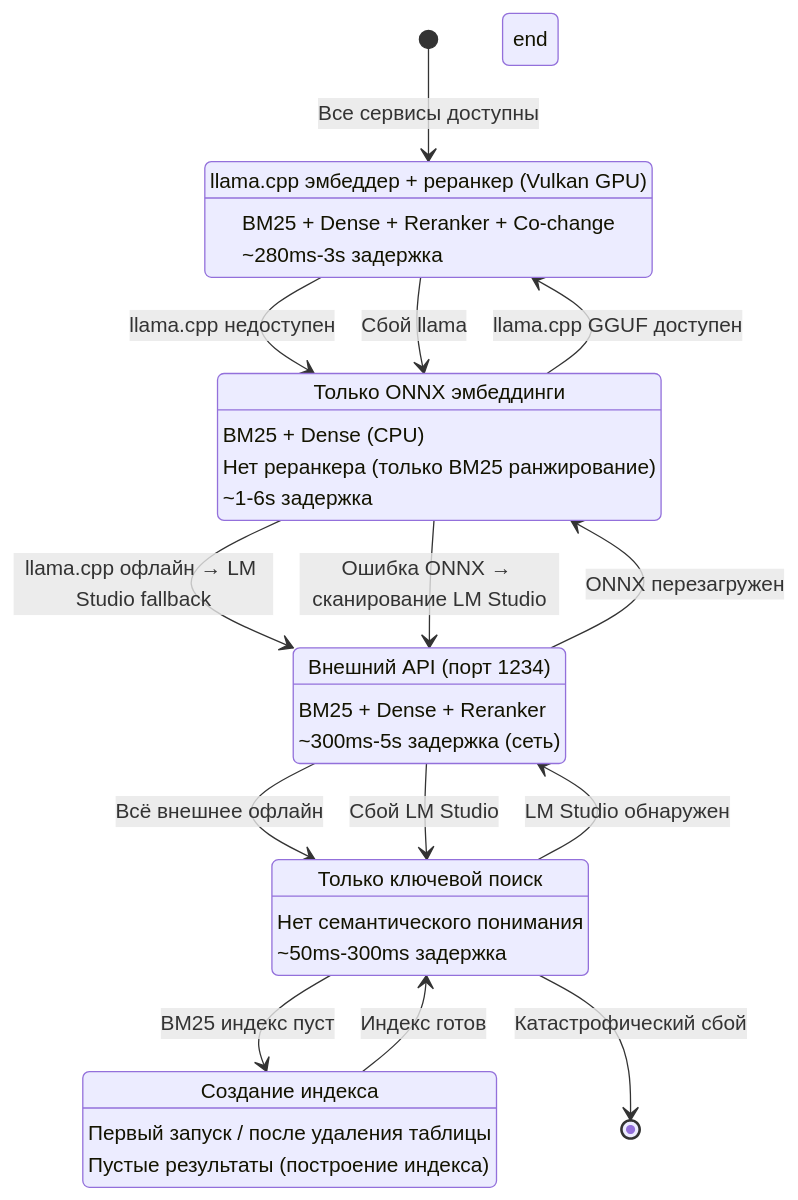
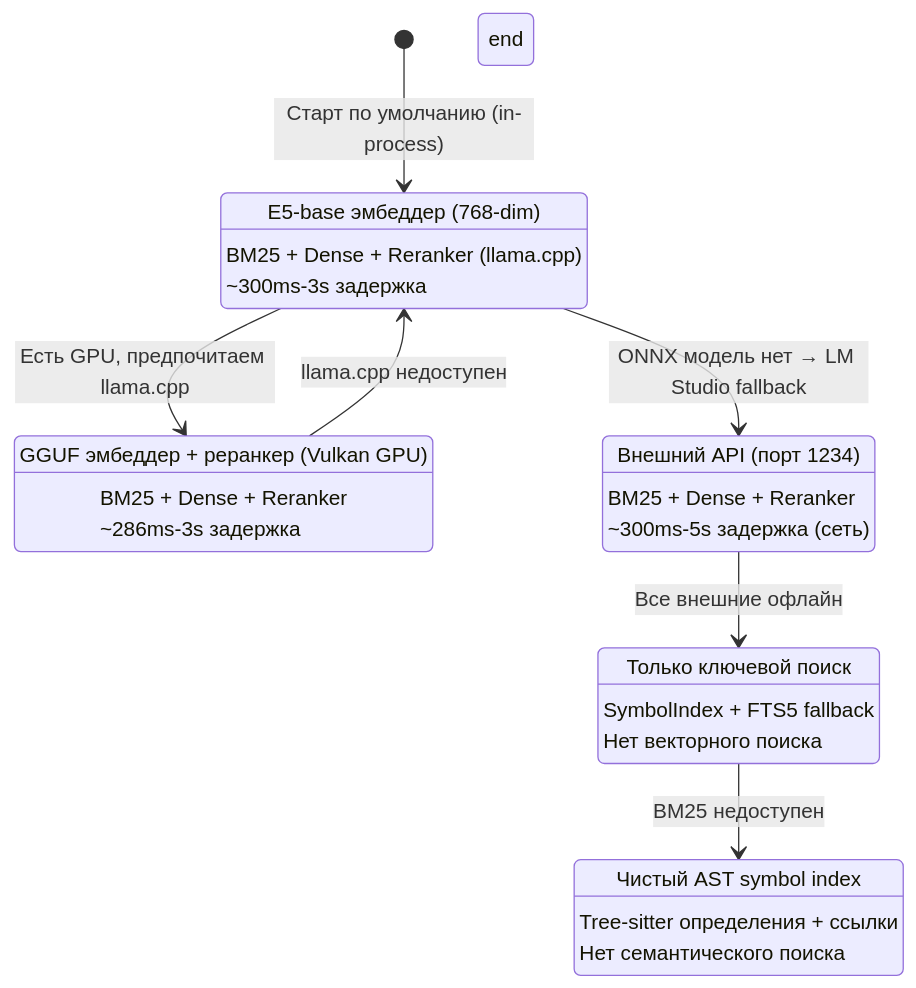
Before and after one commit to ManSio/mscodebase-intelligence: the first of 4 diagrams in docs/ru/GRACEFUL_DEGRADATION.md, drawn with Mermaid. The commit also changed other lines of this file and 50 other files, not shown here.

````diff
--- a/docs/ru/GRACEFUL_DEGRADATION.md
+++ b/docs/ru/GRACEFUL_DEGRADATION.md
@@ -10,53 +17,43 @@
 ```mermaid
 stateDiagram-v2
-    [*] --> L1_LLAMA: Все сервисы доступны
-    
-    state L1_LLAMA[Уровень 1: llama.cpp GGUF (GPU)]
-        L1_LLAMA: llama.cpp эмбеддер + реранкер (Vulkan GPU)
-        L1_LLAMA: BM25 + Dense + Reranker + Co-change
-        L1_LLAMA: ~280ms-3s задержка
+    [*] --> L1_ONNX: Старт по умолчанию (in-process)
+
+    state L1_ONNX[Уровень 1: ONNX/OpenVINO INT8 (in-process)]
+        L1_ONNX: E5-base эмбеддер (768-dim)
+        L1_ONNX: BM25 + Dense + Reranker (llama.cpp)
+        L1_ONNX: ~300ms-3s задержка
     end
-    
-    L1_LLAMA --> L2_ONNX: llama.cpp недоступен
-    
-    state L2_ONNX[Уровень 2: ONNX Runtime (CPU)]
-        L2_ONNX: Только ONNX эмбеддинги
-        L2_ONNX: BM25 + Dense (CPU)
-        L2_ONNX: Нет реранкера (только BM25 ранжирование)
-        L2_ONNX: ~1-6s задержка
+
+    L1_ONNX --> L2_GGUF: Есть GPU, предпочитаем llama.cpp
+    L1_ONNX --> L3_LM: ONNX модель нет → LM Studio fallback
+
+    state L2_GGUF[Уровень 2: llama.cpp GGUF (GPU)]
+        L2_GGUF: GGUF эмбеддер + реранкер (Vulkan GPU)
+        L2_GGUF: BM25 + Dense + Reranker
+        L2_GGUF: ~286ms-3s задержка
     end
-    
-    L2_ONNX --> L3_LM: llama.cpp офлайн → LM Studio fallback
-    
-    state L3_LM[Уровень 3: LM Studio (удалённо)]
+
+    L2_GGUF --> L1_ONNX: llama.cpp недоступен
+
+    state L3_LM[Уровень 3: LM Studio (remote, опц.)]
         L3_LM: Внешний API (порт 1234)
         L3_LM: BM25 + Dense + Reranker
         L3_LM: ~300ms-5s задержка (сеть)
     end
-    
-    L3_LM --> L4_BM25: Всё внешнее офлайн
-    
+
+    L3_LM --> L4_BM25: Все внешние офлайн
+
     state L4_BM25[Уровень 4: Только BM25]
         L4_BM25: Только ключевой поиск
-        L4_BM25: Нет семантического понимания
-        L4_BM25: ~50ms-300ms задержка
+        L4_BM25: SymbolIndex + FTS5 fallback
+        L4_BM25: Нет векторного поиска
     end
-    
-    L4_BM25 --> L5_Fallback: BM25 индекс пуст
-    
-    state L5_Fallback[Уровень 5: Fallback]
-        L5_Fallback: Создание индекса
-        L5_Fallback: Первый запуск / после удаления таблицы
-        L5_Fallback: Пустые результаты (построение индекса)
+
+    L4_BM25 --> L5_SYMBOL: BM25 недоступен
+
+    state L5_SYMBOL[Уровень 5: Только SymbolIndex]
+        L5_SYMBOL: Чистый AST symbol index
+        L5_SYMBOL: Tree-sitter определения + ссылки
+        L5_SYMBOL: Нет семантического поиска
     end
-    
-    L5_Fallback --> L4_BM25: Индекс готов
-    L4_BM25 --> L3_LM: LM Studio обнаружен
-    L3_LM --> L2_ONNX: ONNX перезагружен
-    L2_ONNX --> L1_LLAMA: llama.cpp GGUF доступен
-    
-    L1_LLAMA --> L2_ONNX: Сбой llama
-    L2_ONNX --> L3_LM: Ошибка ONNX → сканирование LM Studio
-    L3_LM --> L4_BM25: Сбой LM Studio
-    L4_BM25 --> [*]: Катастрофический сбой
 ```
````
